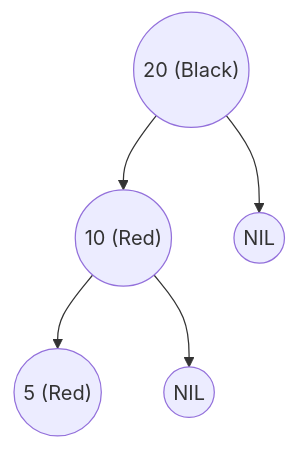
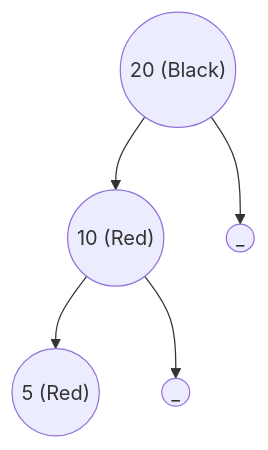
One commit to imdeepmind/imdeepmind.github.io changed the eighth of 31 diagrams in docs/data-structure-and-algorithms/data-structures/tree/search-tree/self-balancing-bst/red-black.md. Above: the diagram before and after it, drawn with Mermaid. The commit also changed other lines of this file and 4 other files, not shown here.

````diff
--- a/docs/data-structure-and-algorithms/data-structures/tree/search-tree/self-balancing-bst/red-black.md
+++ b/docs/data-structure-and-algorithms/data-structures/tree/search-tree/self-balancing-bst/red-black.md
@@ -162,8 +162,8 @@
 ```mermaid
 graph TD
     A(("20 (Black)"))
     A --> B(("10 (Red)"))
-    A --> D(("NIL"))
+    A --> D(("_"))
     B --> C(("5 (Red)"))
-    B --> E(("NIL"))
+    B --> E(("_"))
 ```
````
